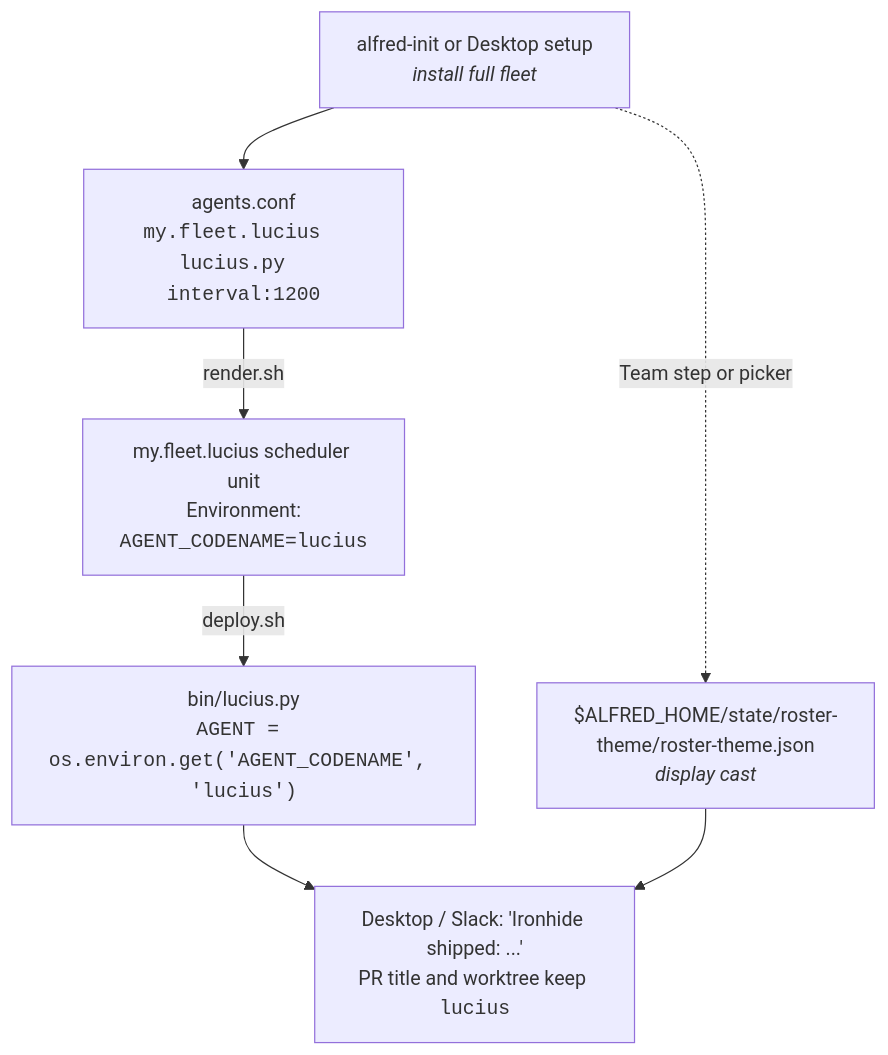
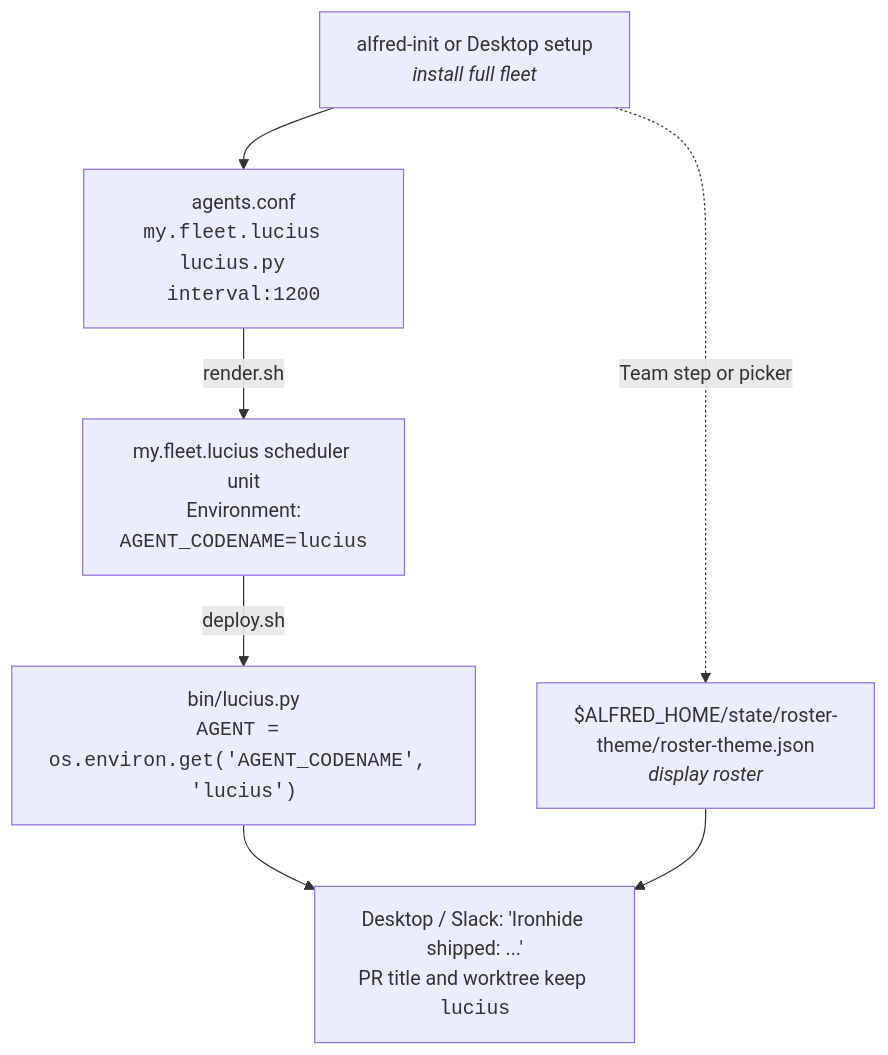
Before and after one commit to luminik-io/alfred-os: the second of 2 diagrams in docs/AGENTS.md, drawn with Mermaid. The commit also changed other lines of this file and 24 other files, not shown here.

First line of the commit message:
Chore: rename setup cast wording to roster (#361)

````diff
--- a/docs/AGENTS.md
+++ b/docs/AGENTS.md
@@ -117,16 +117,16 @@
 ```mermaid
 flowchart TB
     init["alfred-init or Desktop setup<br/><i>install full fleet</i>"]
     conf["agents.conf<br/><code>my.fleet.lucius  lucius.py  interval:1200</code>"]
     unit["my.fleet.lucius scheduler unit<br/>Environment:<br/><code>AGENT_CODENAME=lucius</code>"]
     runner["bin/lucius.py<br/><code>AGENT = os.environ.get('AGENT_CODENAME', 'lucius')</code>"]
-    theme["$ALFRED_HOME/state/roster-theme/roster-theme.json<br/><i>display cast</i>"]
+    theme["$ALFRED_HOME/state/roster-theme/roster-theme.json<br/><i>display roster</i>"]
     output["Desktop / Slack: 'Ironhide shipped: ...'<br/>PR title and worktree keep <code>lucius</code>"]
 
     init --> conf
     conf -- "render.sh" --> unit
     unit -- "deploy.sh" --> runner
     init -. "Team step or picker" .-> theme
     runner --> output
     theme --> output
 ```
````
